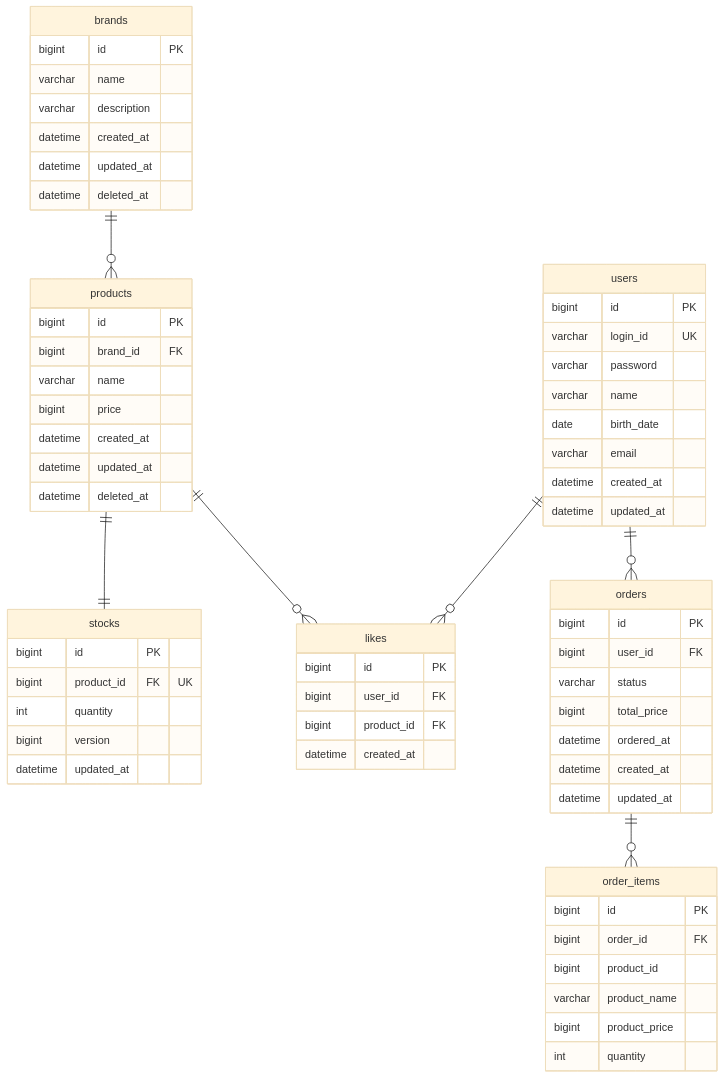
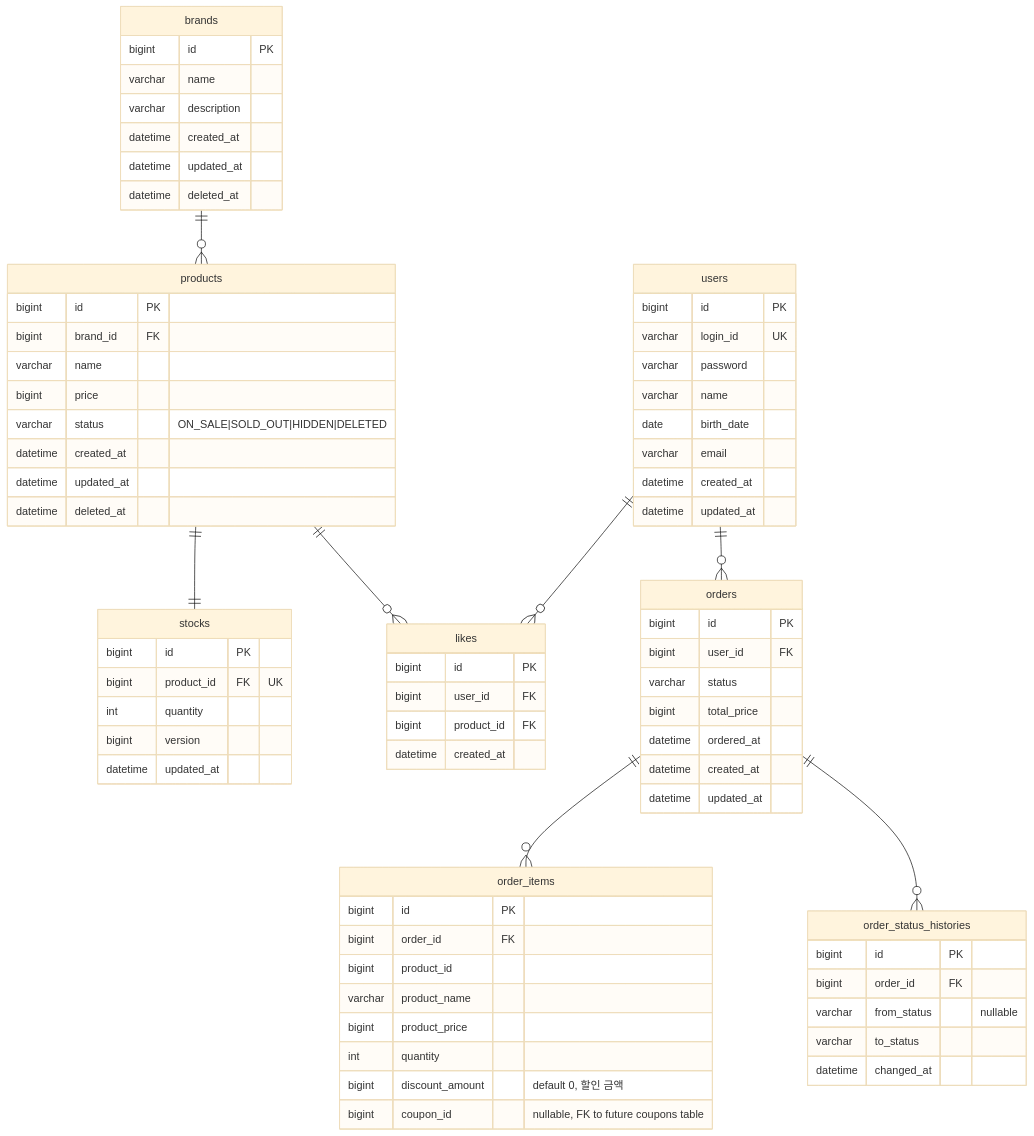
One commit to loopers-labs/loop-pack-be-l2-vol4-java changed the diagram in docs/week2/04-erd.md. Above: the diagram before and after it, drawn with Mermaid (base theme). The commit also changed other lines of this file and 2 other files, not shown here.

Commit message:
docs: update sequence diagram, class diagram, ERD to reflect ProductStatus and Stock separation

````diff
--- a/docs/week2/04-erd.md
+++ b/docs/week2/04-erd.md
@@ -31,6 +31,7 @@
         bigint brand_id FK
         varchar name
         bigint price
+        varchar status "ON_SALE|SOLD_OUT|HIDDEN|DELETED"
         datetime created_at
         datetime updated_at
         datetime deleted_at
@@ -68,6 +69,16 @@
         varchar product_name
         bigint product_price
         int quantity
+        bigint discount_amount "default 0, 할인 금액"
+        bigint coupon_id "nullable, FK to future coupons table"
+    }
+
+    order_status_histories {
+        bigint id PK
+        bigint order_id FK
+        varchar from_status "nullable"
+        varchar to_status
+        datetime changed_at
     }
 
     users ||--o{ likes : ""
@@ -76,4 +87,5 @@
     products ||--|| stocks : ""
     products ||--o{ likes : ""
     orders ||--o{ order_items : ""
+    orders ||--o{ order_status_histories : ""
 ```
````
